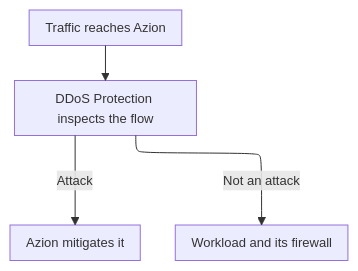
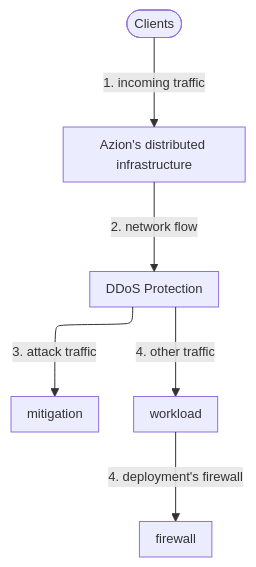
Before and after one commit to aziontech/docs: the fifth of 5 diagrams in apps/docs/src/content/docs/en/pages/secure/workloads/how-it-works.mdx, drawn with Mermaid. The commit also changed other lines of this file and 7 other files, not shown here.

````diff
--- a/apps/docs/src/content/docs/en/pages/secure/workloads/how-it-works.mdx
+++ b/apps/docs/src/content/docs/en/pages/secure/workloads/how-it-works.mdx
@@ -228,7 +283,15 @@
 ```mermaid
-%%{init: {"layout": "elk", "themeVariables": {"fontSize": "13px"}, "flowchart": {"nodeSpacing": 24, "rankSpacing": 36, "padding": 8, "wrappingWidth": 150, "useMaxWidth": true}, "sequence": {"width": 120, "actorMargin": 30, "useMaxWidth": true}}}%%
+%%{init: {"layout": "elk", "elk": {"preset": "modelOrder", "keepEntryNodeOnTop": true}, "themeVariables": {"fontSize": "13px"}, "flowchart": {"nodeSpacing": 24, "rankSpacing": 36, "padding": 8, "wrappingWidth": 150, "useMaxWidth": true}, "sequence": {"width": 120, "actorMargin": 30, "useMaxWidth": true}}}%%
 flowchart TD
-  In["Traffic reaches Azion"] --> Inspect["DDoS Protection inspects the flow"]
-  Inspect -->|"Attack"| Mitigate["Azion mitigates it"]
-  Inspect -->|"Not an attack"| Workload["Workload and its firewall"]
+  Clients(["Clients"])
+  Infra["Azion's distributed infrastructure"]
+  DDoS["DDoS Protection"]
+  Mit["mitigation"]
+  WL["workload"]
+  FW["firewall"]
+  Clients -->|"1. incoming traffic"| Infra
+  Infra -->|"2. network flow"| DDoS
+  DDoS -->|"3. attack traffic"| Mit
+  DDoS -->|"4. other traffic"| WL
+  WL -->|"4. deployment's firewall"| FW
 ```
````
